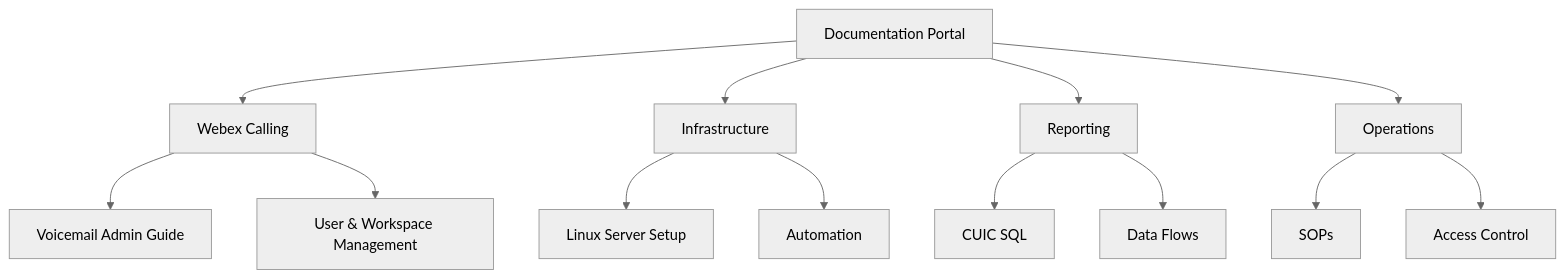
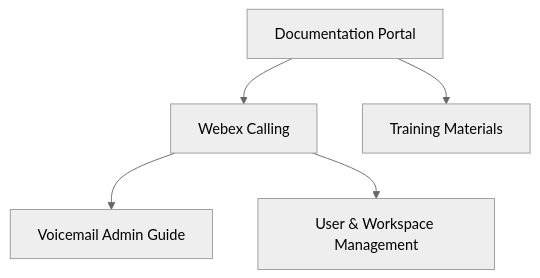
The diagram in docs/index.md (kvaksin/mkdocsdemo), drawn with Mermaid (neutral theme) before and after one commit. The commit also changed other lines of this file, not shown here.

```diff
--- a/docs/index.md
+++ b/docs/index.md
@@ -58,19 +42,9 @@
 <div class="mermaid">
 flowchart TD
     A[Documentation Portal] --> B[Webex Calling]
-    A --> C[Infrastructure]
-    A --> D[Reporting]
-    A --> E[Operations]
+    A --> C[Training Materials]
 
     B --> B1[Voicemail Admin Guide]
     B --> B2[User & Workspace Management]
 
-    C --> C1[Linux Server Setup]
-    C --> C2[Automation]
-
-    D --> D1[CUIC SQL]
-    D --> D2[Data Flows]
-
-    E --> E1[SOPs]
-    E --> E2[Access Control]
 </div>
```
